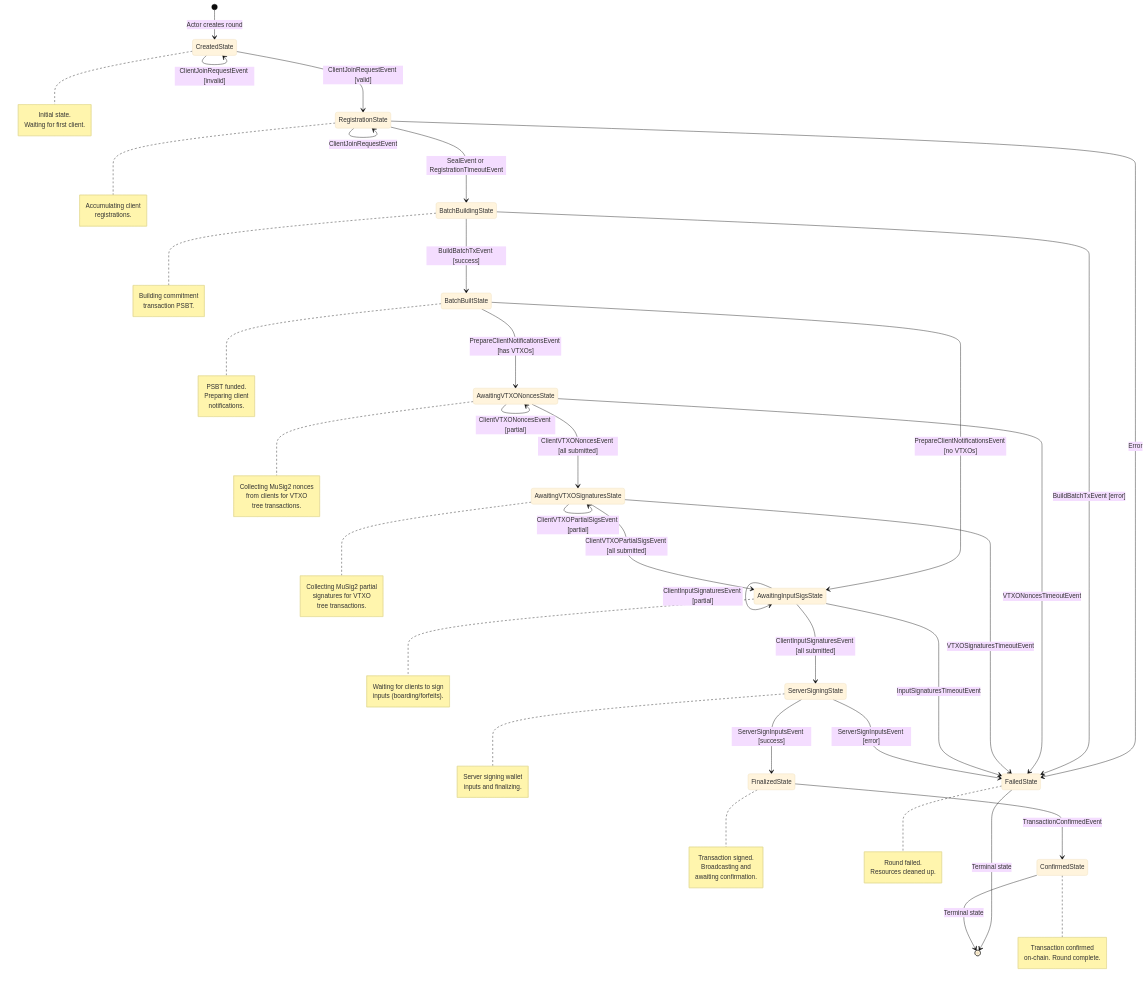
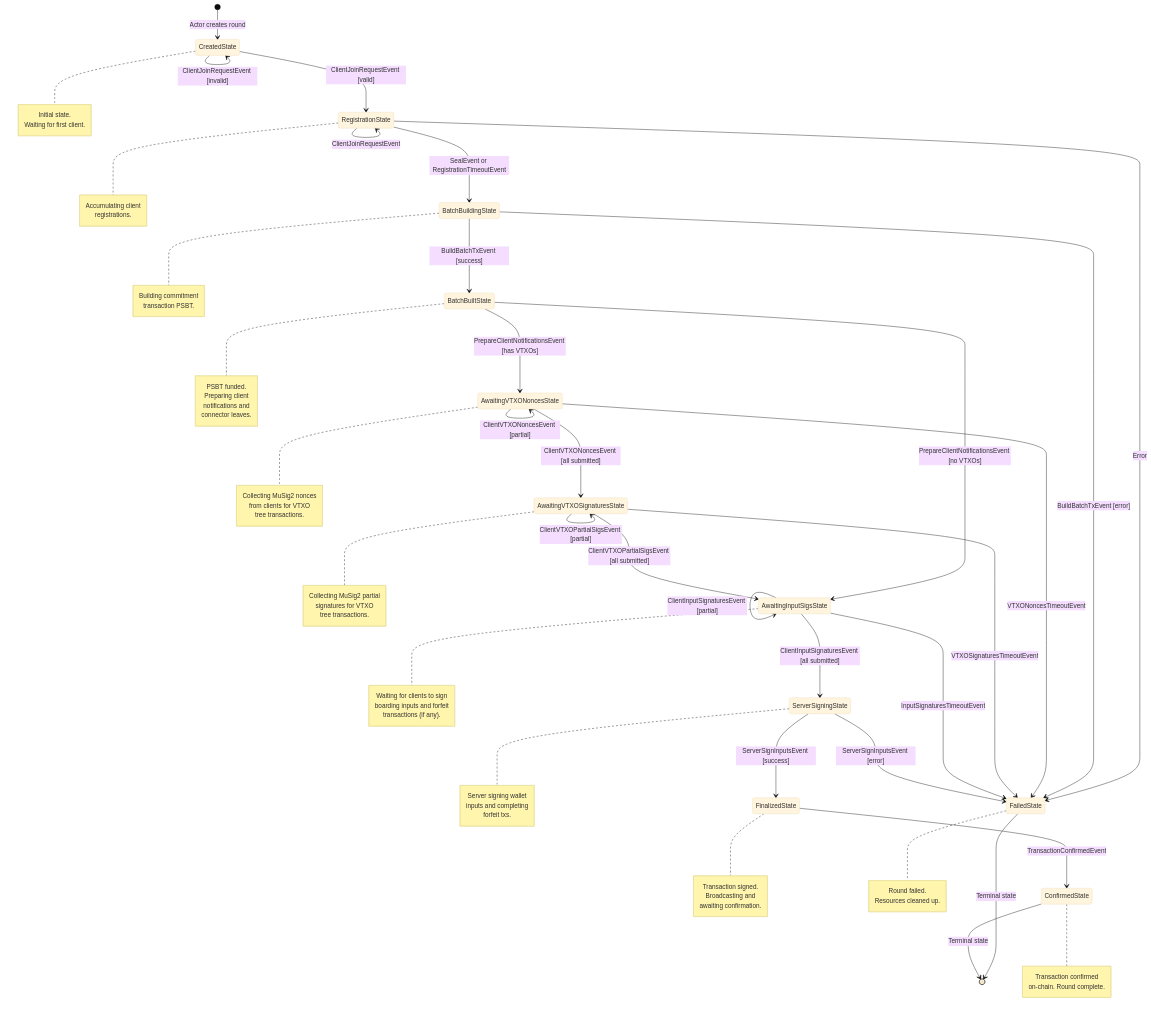
The diagram in rounds/README.md (lightninglabs/wavelength), drawn with Mermaid (base theme) before and after one commit. The commit also changed other lines of this file, not shown here.

Commit message:
rounds: update Readme with forfeit changes

```diff
--- a/rounds/README.md
+++ b/rounds/README.md
@@ -67,7 +67,8 @@
     note right of BatchBuiltState
         PSBT funded.
         Preparing client
-        notifications.
+        notifications and
+        connector leaves.
     end note
 
     note right of AwaitingVTXONoncesState
@@ -84,12 +85,14 @@
 
     note right of AwaitingInputSigsState
         Waiting for clients to sign
-        inputs (boarding/forfeits).
+        boarding inputs and forfeit
+        transactions (if any).
     end note
 
     note right of ServerSigningState
         Server signing wallet
-        inputs and finalizing.
+        inputs and completing
+        forfeit txs.
     end note
 
     note right of FinalizedState
```
